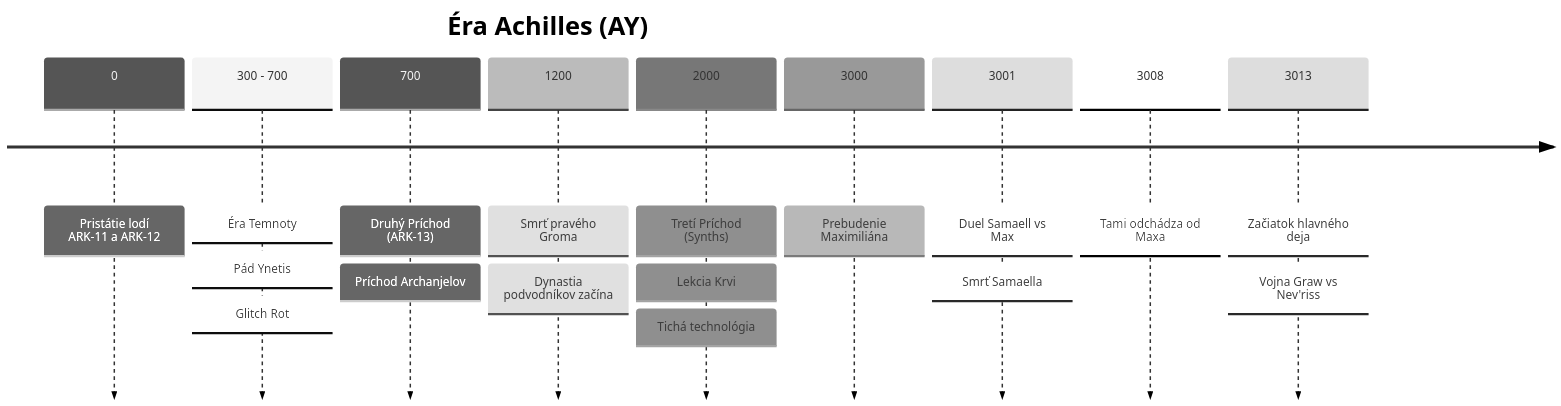
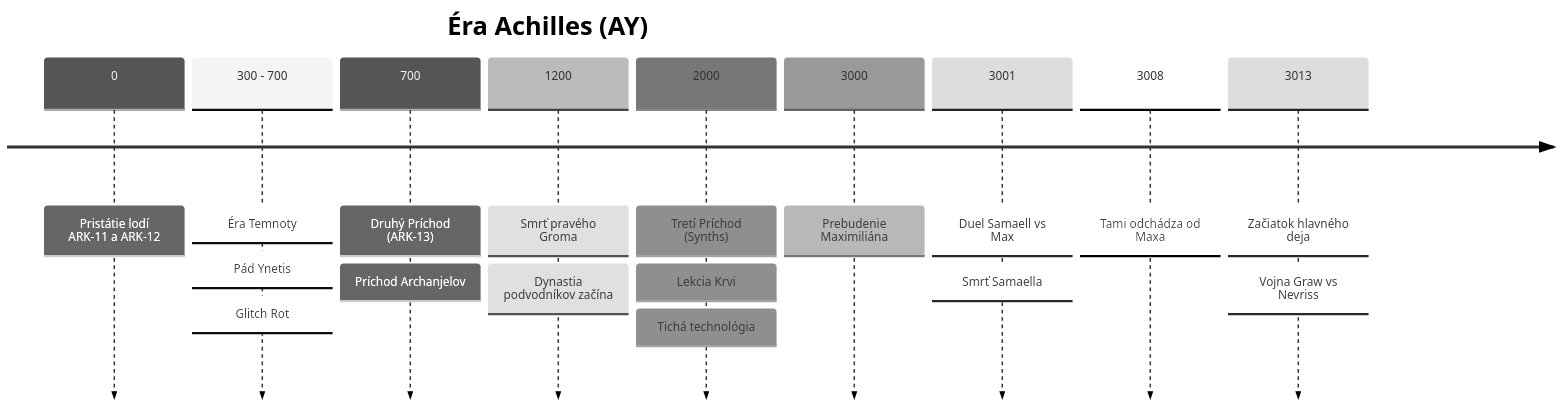
One commit to BranLang/null-void changed the second of 2 diagrams in World-Bible/01-timeline.md. Above: the diagram before and after it, drawn with Mermaid (neutral theme). The commit also changed other lines of this file and 4 other files, not shown here.

````diff
--- a/World-Bible/01-timeline.md
+++ b/World-Bible/01-timeline.md
@@ -25,13 +25,13 @@
 ```mermaid
 timeline
     title Éra Achilles (AY)
     0 : Pristátie lodí ARK-11 a ARK-12
     300 - 700 : Éra Temnoty : Pád Ynetis : Glitch Rot
     700 : Druhý Príchod (ARK-13) : Príchod Archanjelov
     1200 : Smrť pravého Groma : Dynastia podvodníkov začína
     2000 : Tretí Príchod (Synths) : Lekcia Krvi : Tichá technológia
     3000 : Prebudenie Maximiliána
     3001 : Duel Samaell vs Max : Smrť Samaella
     3008 : Tami odchádza od Maxa
-    3013 : Začiatok hlavného deja : Vojna Graw vs Nev'riss
+    3013 : Začiatok hlavného deja : Vojna Graw vs Nevriss
 ```
````
